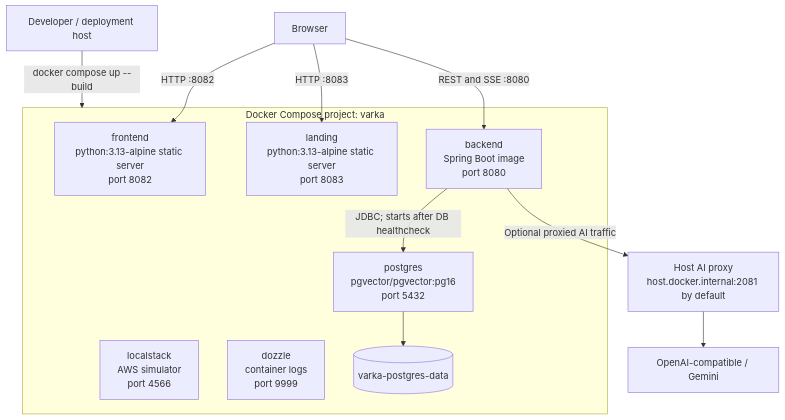
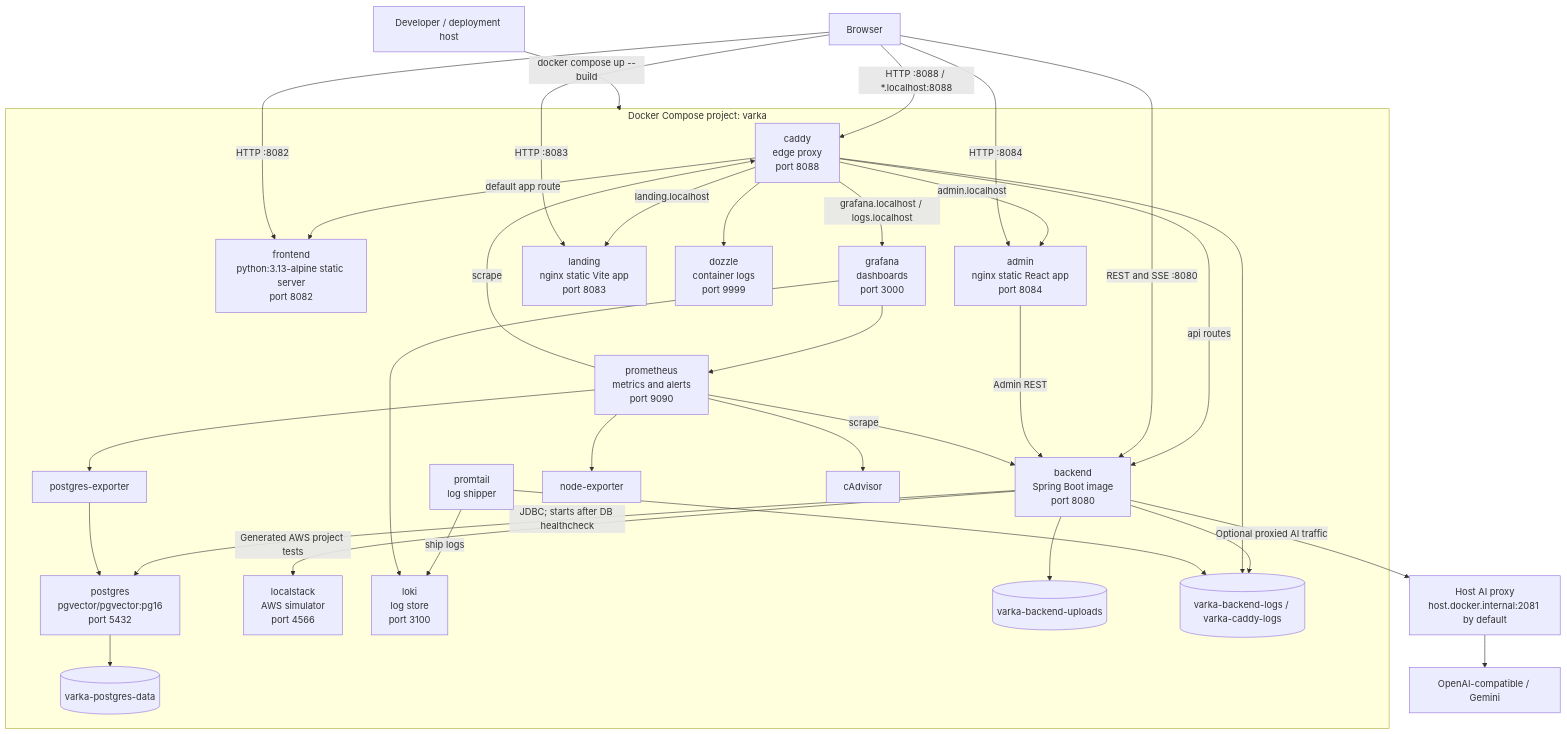
The first of 2 diagrams in docs/diagrams/04-deployment-and-runtime.md (mehdieidi/modriss), drawn with Mermaid before and after one commit. The commit also changed 8 other files, not shown here.

````diff
--- a/docs/diagrams/04-deployment-and-runtime.md
+++ b/docs/diagrams/04-deployment-and-runtime.md
@@ -5,26 +5,59 @@
 ```mermaid
 flowchart TB
     host["Developer / deployment host"]
     browser["Browser"]
 
     subgraph compose["Docker Compose project: varka"]
+        caddy["caddy<br/>edge proxy<br/>port 8088"]
         frontend["frontend<br/>python:3.13-alpine static server<br/>port 8082"]
-        landing["landing<br/>python:3.13-alpine static server<br/>port 8083"]
+        admin["admin<br/>nginx static React app<br/>port 8084"]
+        landing["landing<br/>nginx static Vite app<br/>port 8083"]
         backend["backend<br/>Spring Boot image<br/>port 8080"]
         postgres["postgres<br/>pgvector/pgvector:pg16<br/>port 5432"]
         localstack["localstack<br/>AWS simulator<br/>port 4566"]
         dozzle["dozzle<br/>container logs<br/>port 9999"]
-        volume[("varka-postgres-data")]
+        prometheus["prometheus<br/>metrics and alerts<br/>port 9090"]
+        grafana["grafana<br/>dashboards<br/>port 3000"]
+        loki["loki<br/>log store<br/>port 3100"]
+        promtail["promtail<br/>log shipper"]
+        pgexp["postgres-exporter"]
+        nodeexp["node-exporter"]
+        cadvisor["cAdvisor"]
+        dbvolume[("varka-postgres-data")]
+        uploadvolume[("varka-backend-uploads")]
+        logvolume[("varka-backend-logs / varka-caddy-logs")]
     end
 
     proxy["Host AI proxy<br/>host.docker.internal:2081 by default"]
     provider["OpenAI-compatible / Gemini"]
 
     host -->|"docker compose up --build"| compose
+    browser -->|"HTTP :8088 / *.localhost:8088"| caddy
+    caddy -->|"default app route"| frontend
+    caddy -->|"admin.localhost"| admin
+    caddy -->|"landing.localhost"| landing
+    caddy -->|"api routes"| backend
+    caddy -->|"grafana.localhost / logs.localhost"| grafana
+    caddy --> dozzle
     browser -->|"HTTP :8082"| frontend
     browser -->|"HTTP :8083"| landing
+    browser -->|"HTTP :8084"| admin
     browser -->|"REST and SSE :8080"| backend
+    admin -->|"Admin REST"| backend
     backend -->|"JDBC; starts after DB healthcheck"| postgres
-    postgres --> volume
+    postgres --> dbvolume
+    backend --> uploadvolume
+    backend --> logvolume
+    caddy --> logvolume
+    backend -->|"Generated AWS project tests"| localstack
+    prometheus -->|"scrape"| backend
+    prometheus -->|"scrape"| caddy
+    prometheus --> pgexp --> postgres
+    prometheus --> nodeexp
+    prometheus --> cadvisor
+    promtail -->|"ship logs"| loki
+    promtail --> logvolume
+    grafana --> prometheus
+    grafana --> loki
     backend -->|"Optional proxied AI traffic"| proxy --> provider
 ```
````
